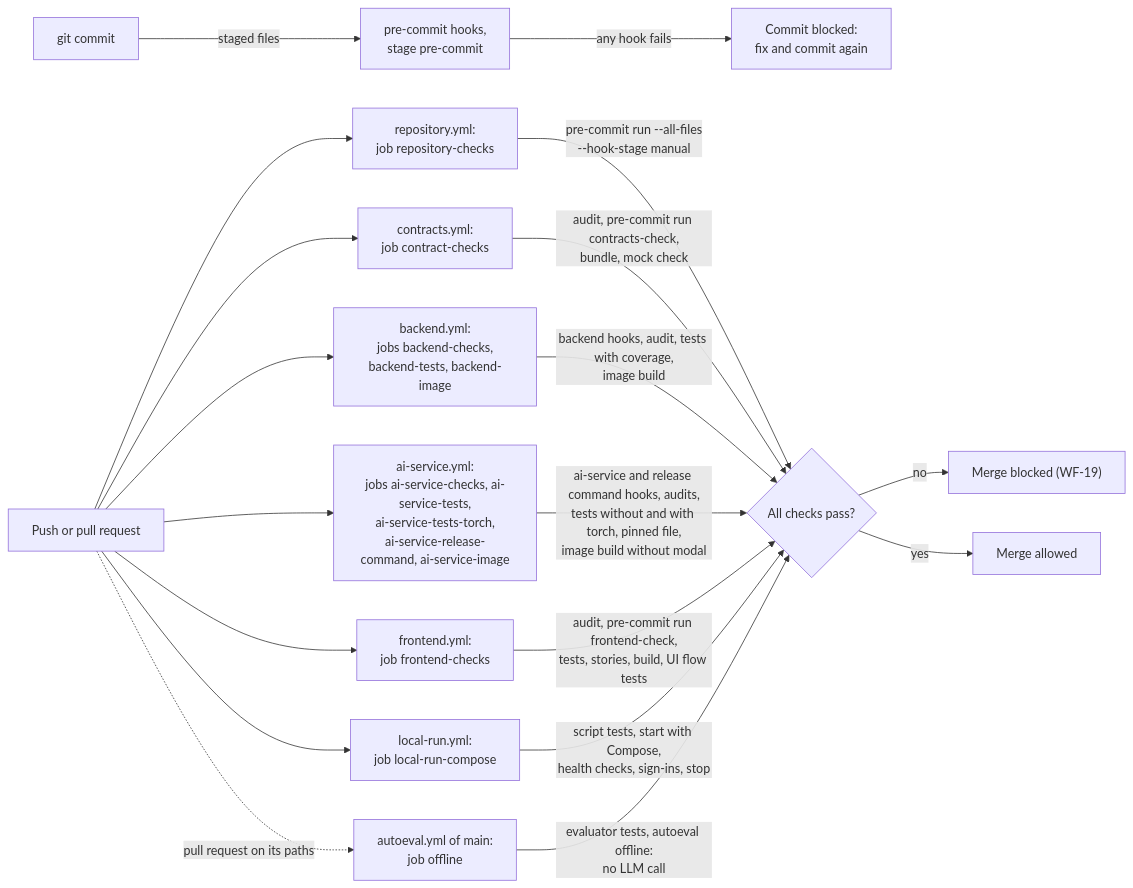
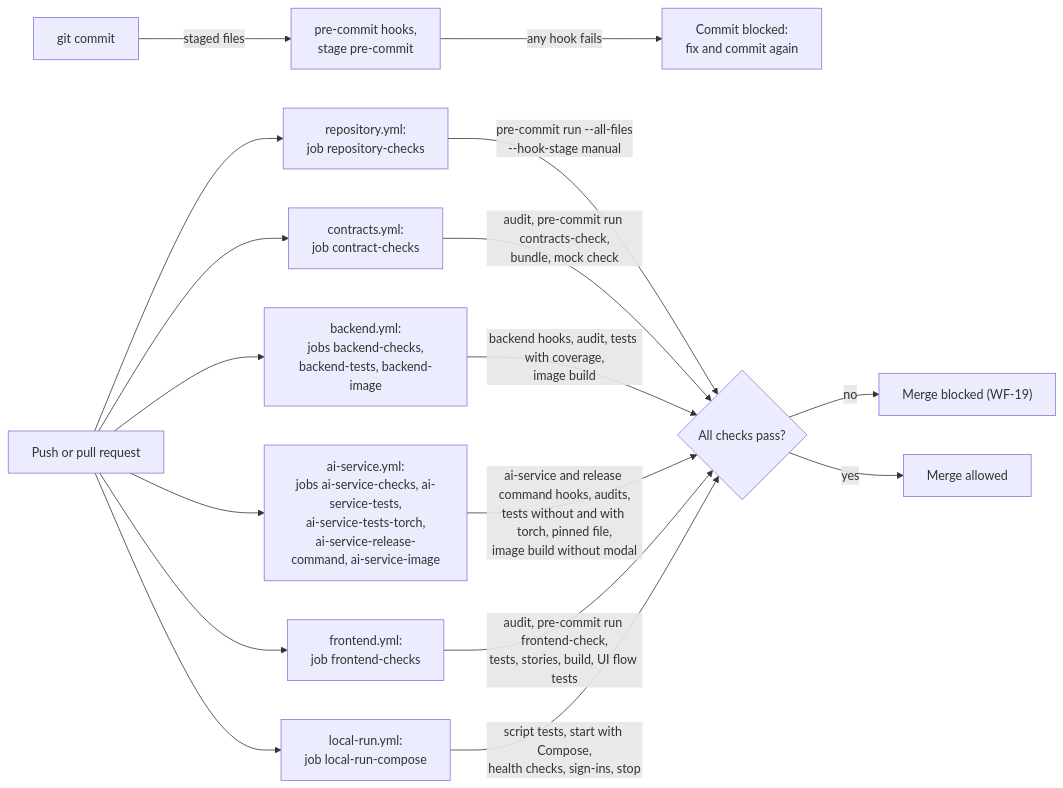
One commit to ml-system-design-nhom-5/SupportIQ changed the first of 2 diagrams in docs/guides/repository-checks.md. Above: the diagram before and after it, drawn with Mermaid. The commit also changed other lines of this file and 4 other files, not shown here.

````diff
--- a/docs/guides/repository-checks.md
+++ b/docs/guides/repository-checks.md
@@ -11,21 +11,19 @@
 ```mermaid
 flowchart LR
     Commit["git commit"] -->|"staged files"| Hooks["pre-commit hooks,<br/>stage pre-commit"]
     Hooks -->|"any hook fails"| Blocked["Commit blocked:<br/>fix and commit again"]
     Push["Push or pull request"] --> Repo["repository.yml:<br/>job repository-checks"]
     Push --> Con["contracts.yml:<br/>job contract-checks"]
     Push --> Be["backend.yml:<br/>jobs backend-checks,<br/>backend-tests, backend-image"]
     Push --> Ai["ai-service.yml:<br/>jobs ai-service-checks, ai-service-tests,<br/>ai-service-tests-torch,<br/>ai-service-release-command, ai-service-image"]
     Push --> Fe["frontend.yml:<br/>job frontend-checks"]
     Push --> Lr["local-run.yml:<br/>job local-run-compose"]
-    Push -.->|"pull request on its paths"| Ae["autoeval.yml of main:<br/>job offline"]
     Repo -->|"pre-commit run --all-files<br/>--hook-stage manual"| Result{"All checks pass?"}
     Con -->|"audit, pre-commit run contracts-check,<br/>bundle, mock check"| Result
     Be -->|"backend hooks, audit, tests with coverage,<br/>image build"| Result
     Ai -->|"ai-service and release command hooks, audits,<br/>tests without and with torch, pinned file,<br/>image build without modal"| Result
     Fe -->|"audit, pre-commit run frontend-check,<br/>tests, stories, build, UI flow tests"| Result
     Lr -->|"script tests, start with Compose,<br/>health checks, sign-ins, stop"| Result
-    Ae -->|"evaluator tests, autoeval offline:<br/>no LLM call"| Result
     Result -->|"no"| Red["Merge blocked (WF-19)"]
     Result -->|"yes"| Green["Merge allowed"]
 ```
````
